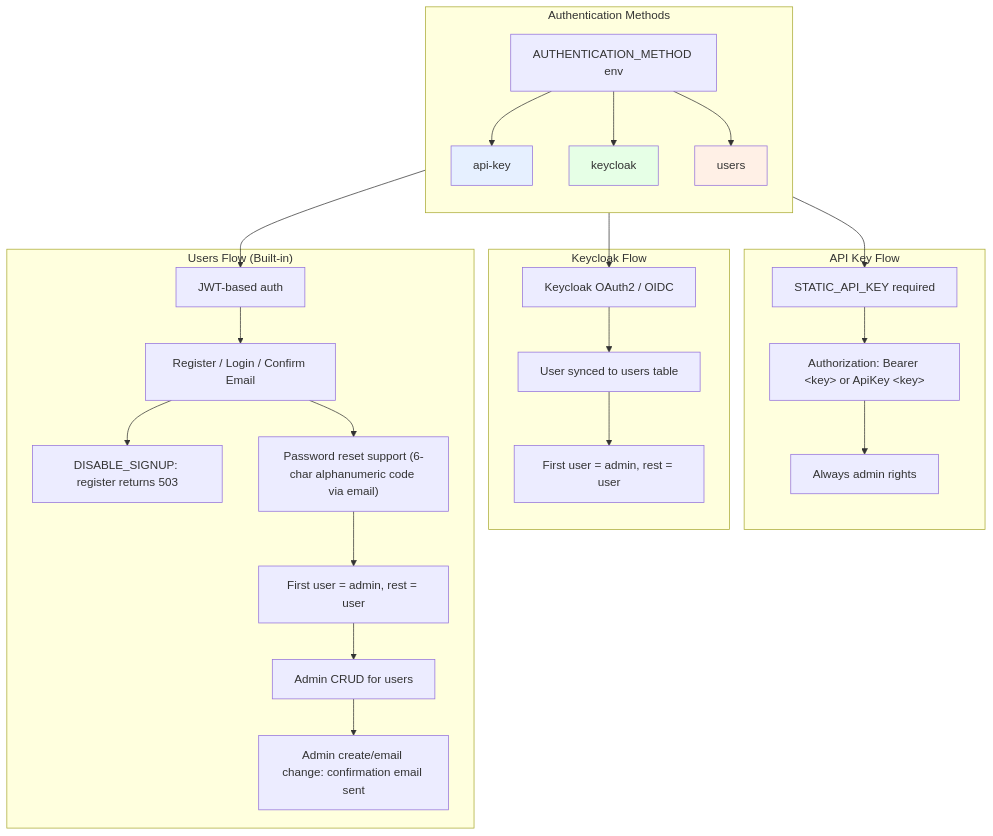
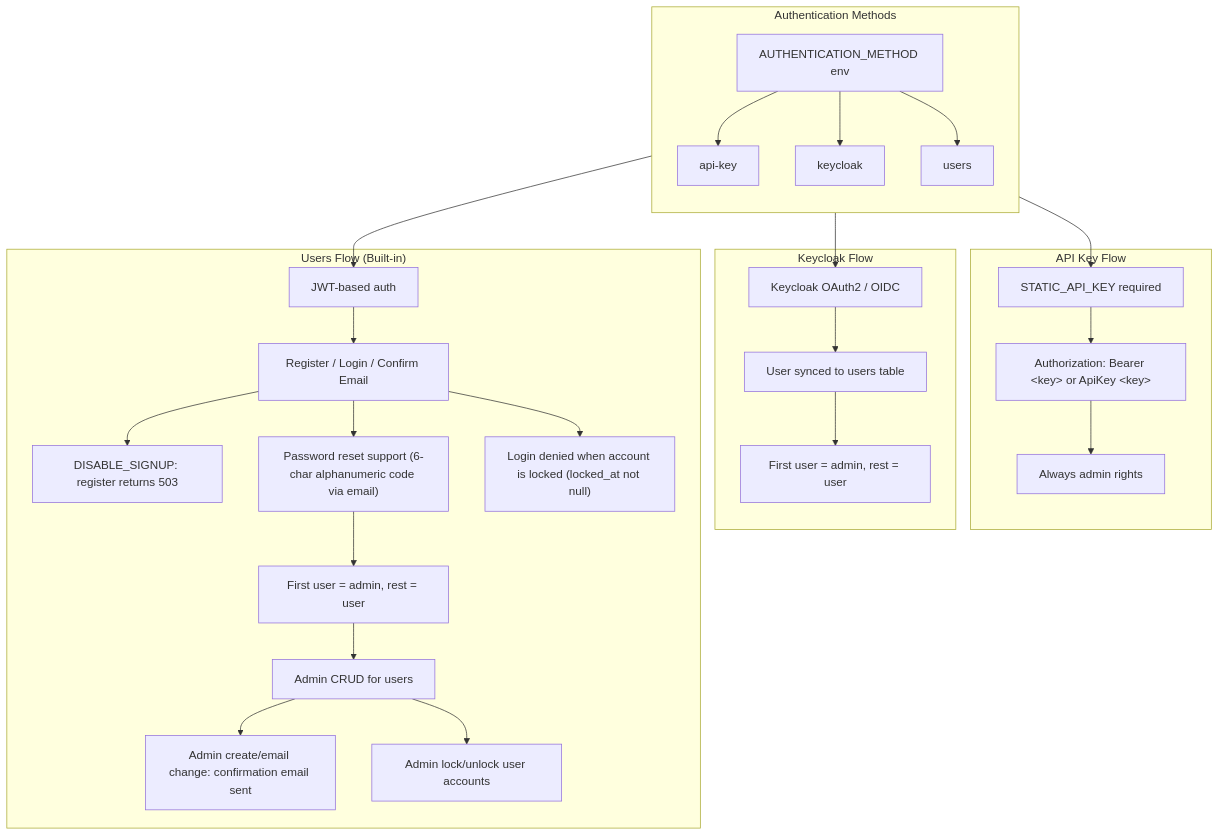
Before and after one commit to forepath/agenstra: the first of 2 diagrams in docs/agenstra/features/authentication.md, drawn with Mermaid. The commit also changed other lines of this file and 36 other files, not shown here.

````diff
--- a/docs/agenstra/features/authentication.md
+++ b/docs/agenstra/features/authentication.md
@@ -234,36 +249,34 @@
 ```mermaid
 flowchart TB
     subgraph AUTH["Authentication Methods"]
         direction TB
         AUTH_METHOD["AUTHENTICATION_METHOD env"]
         AUTH_METHOD --> API_KEY["api-key"]
         AUTH_METHOD --> KEYCLOAK["keycloak"]
         AUTH_METHOD --> USERS["users"]
     end
 
     subgraph API_KEY_FLOW["API Key Flow"]
         API_KEY --> AK1["STATIC_API_KEY required"]
         AK1 --> AK2["Authorization: Bearer &lt;key&gt; or ApiKey &lt;key&gt;"]
         AK2 --> AK3["Always admin rights"]
     end
 
     subgraph KEYCLOAK_FLOW["Keycloak Flow"]
         KEYCLOAK --> KC1["Keycloak OAuth2 / OIDC"]
         KC1 --> KC2["User synced to users table"]
         KC2 --> KC3["First user = admin, rest = user"]
     end
 
     subgraph USERS_FLOW["Users Flow (Built-in)"]
         USERS --> UF1["JWT-based auth"]
         UF1 --> UF2["Register / Login / Confirm Email"]
         UF2 --> UF2a["DISABLE_SIGNUP: register returns 503"]
         UF2 --> UF3["Password reset support (6-char alphanumeric code via email)"]
         UF3 --> UF4["First user = admin, rest = user"]
         UF4 --> UF5["Admin CRUD for users"]
         UF5 --> UF6["Admin create/email change: confirmation email sent"]
+        UF5 --> UF7["Admin lock/unlock user accounts"]
+        UF2 --> UF8["Login denied when account is locked (locked_at not null)"]
     end
-
-    style API_KEY fill:#e6f0ff
-    style KEYCLOAK fill:#e6ffe6
-    style USERS fill:#fff0e6
 ```
````
